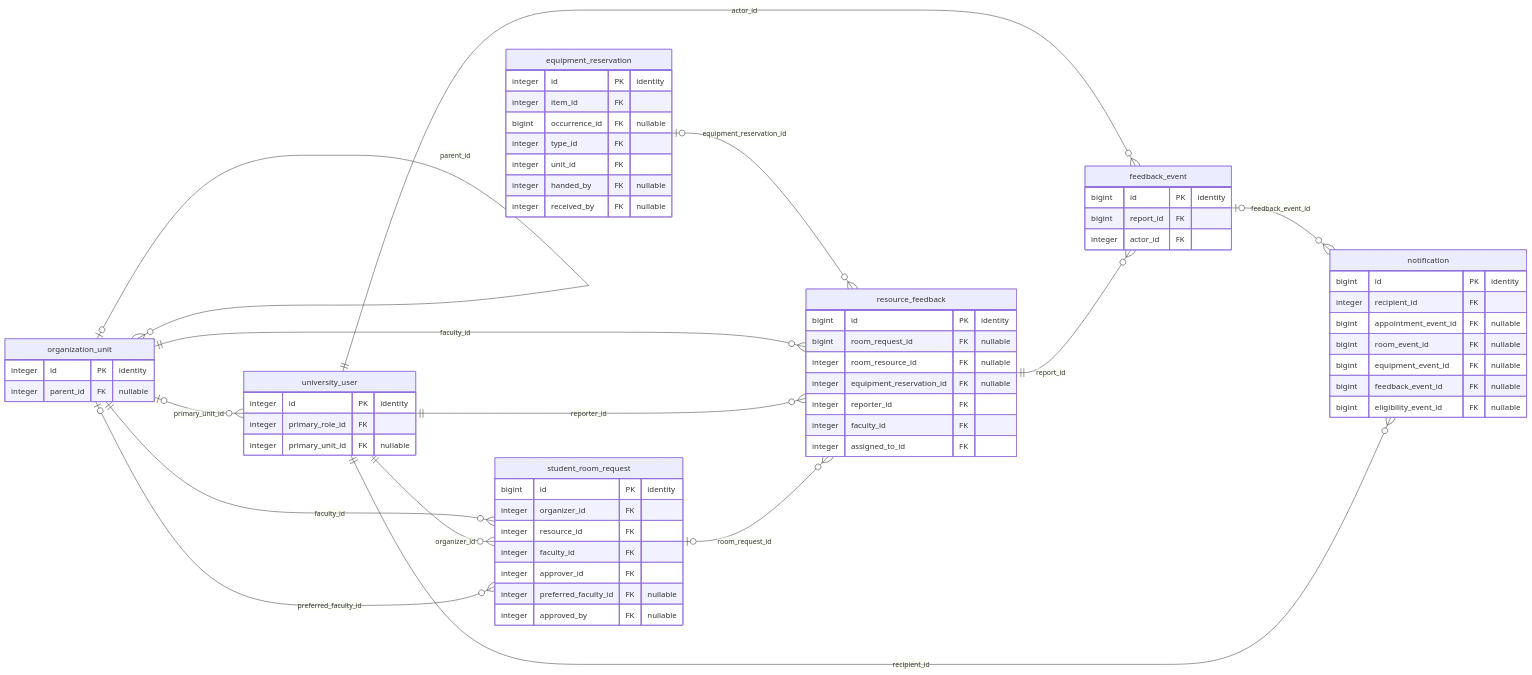
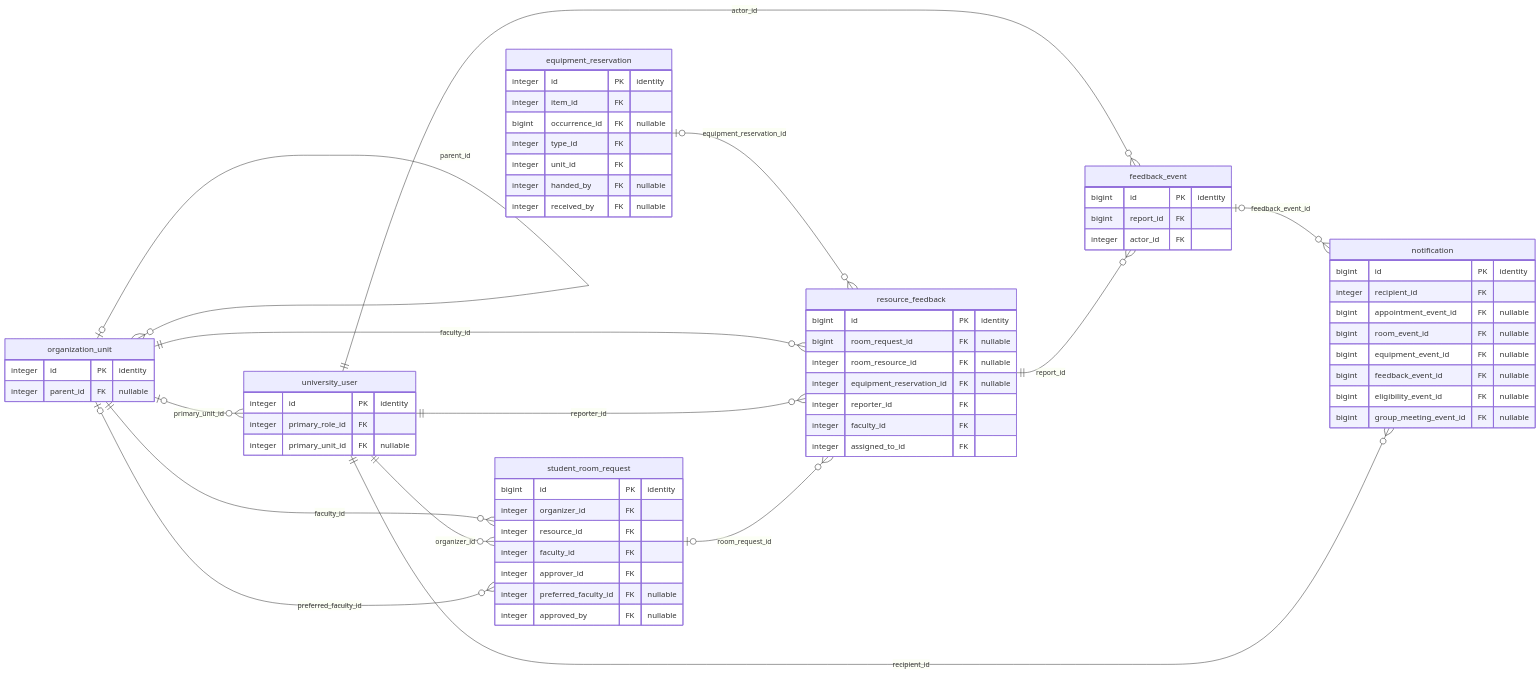
Before and after one commit to najib-attar/resource-allocation-system: the diagram in docs/architecture/feedback-er.mmd, drawn with Mermaid. The commit also changed 56 other files, not shown here.

```diff
--- a/docs/architecture/feedback-er.mmd
+++ b/docs/architecture/feedback-er.mmd
@@ -1,66 +1,67 @@
 %% Generated by scripts/generate_database_diagrams.py; do not edit manually.
 erDiagram
     direction LR
     equipment_reservation {
         integer id PK "identity"
         integer item_id FK
         bigint occurrence_id FK "nullable"
         integer type_id FK
         integer unit_id FK
         integer handed_by FK "nullable"
         integer received_by FK "nullable"
     }
     feedback_event {
         bigint id PK "identity"
         bigint report_id FK
         integer actor_id FK
     }
     notification {
         bigint id PK "identity"
         integer recipient_id FK
         bigint appointment_event_id FK "nullable"
         bigint room_event_id FK "nullable"
         bigint equipment_event_id FK "nullable"
         bigint feedback_event_id FK "nullable"
         bigint eligibility_event_id FK "nullable"
+        bigint group_meeting_event_id FK "nullable"
     }
     organization_unit {
         integer id PK "identity"
         integer parent_id FK "nullable"
     }
     resource_feedback {
         bigint id PK "identity"
         bigint room_request_id FK "nullable"
         integer room_resource_id FK "nullable"
         integer equipment_reservation_id FK "nullable"
         integer reporter_id FK
         integer faculty_id FK
         integer assigned_to_id FK
     }
     student_room_request {
         bigint id PK "identity"
         integer organizer_id FK
         integer resource_id FK
         integer faculty_id FK
         integer approver_id FK
         integer preferred_faculty_id FK "nullable"
         integer approved_by FK "nullable"
     }
     university_user {
         integer id PK "identity"
         integer primary_role_id FK
         integer primary_unit_id FK "nullable"
     }
     university_user ||--o{ feedback_event : actor_id
     resource_feedback ||--o{ feedback_event : report_id
     feedback_event o|--o{ notification : feedback_event_id
     university_user ||--o{ notification : recipient_id
     organization_unit o|--o{ organization_unit : parent_id
     equipment_reservation o|--o{ resource_feedback : equipment_reservation_id
     organization_unit ||--o{ resource_feedback : faculty_id
     university_user ||--o{ resource_feedback : reporter_id
     student_room_request o|--o{ resource_feedback : room_request_id
     organization_unit ||--o{ student_room_request : faculty_id
     university_user ||--o{ student_room_request : organizer_id
     organization_unit o|--o{ student_room_request : preferred_faculty_id
     organization_unit o|--o{ university_user : primary_unit_id
```
